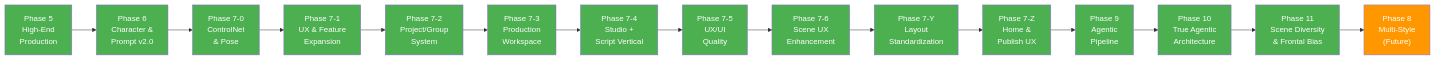
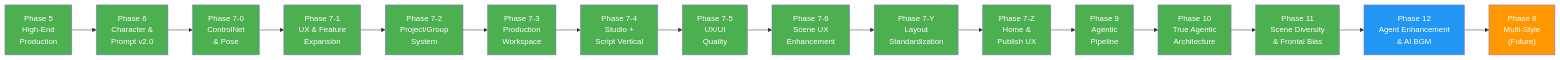
Before and after one commit to tomo-playground/sdd-orchestrator: the diagram in docs/01_product/ROADMAP.md, drawn with Mermaid. The commit also changed other lines of this file and 36 other files, not shown here.

First line of the commit message:
feat: Phase 12-A,B 완료 — Agent Bug Fixes 5건 + Data Flow 10건 (2,132 tests)

````diff
--- a/docs/01_product/ROADMAP.md
+++ b/docs/01_product/ROADMAP.md
@@ -56,33 +59,35 @@
 ```mermaid
 graph LR
     P5["Phase 5<br/>High-End<br/>Production"] --> P6["Phase 6<br/>Character &<br/>Prompt v2.0"]
     P6 --> P70["Phase 7-0<br/>ControlNet<br/>& Pose"]
     P70 --> P71["Phase 7-1<br/>UX & Feature<br/>Expansion"]
     P71 --> P72["Phase 7-2<br/>Project/Group<br/>System"]
     P72 --> P73["Phase 7-3<br/>Production<br/>Workspace"]
     P73 --> P74["Phase 7-4<br/>Studio +<br/>Script Vertical"]
     P74 --> P75["Phase 7-5<br/>UX/UI<br/>Quality"]
     P75 --> P76["Phase 7-6<br/>Scene UX<br/>Enhancement"]
     P76 --> P7Y["Phase 7-Y<br/>Layout<br/>Standardization"]
     P7Y --> P7Z["Phase 7-Z<br/>Home &<br/>Publish UX"]
     P7Z --> P9["Phase 9<br/>Agentic<br/>Pipeline"]
     P9 --> P10["Phase 10<br/>True Agentic<br/>Architecture"]
     P10 --> P11["Phase 11<br/>Scene Diversity<br/>& Frontal Bias"]
-    P11 --> P8["Phase 8<br/>Multi-Style<br/>(Future)"]
+    P11 --> P12["Phase 12<br/>Agent Enhancement<br/>& AI BGM"]
+    P12 --> P8["Phase 8<br/>Multi-Style<br/>(Future)"]
 
     style P5 fill:#4CAF50,color:#fff
     style P6 fill:#4CAF50,color:#fff
     style P70 fill:#4CAF50,color:#fff
     style P71 fill:#4CAF50,color:#fff
     style P72 fill:#4CAF50,color:#fff
     style P73 fill:#4CAF50,color:#fff
     style P74 fill:#4CAF50,color:#fff
     style P75 fill:#4CAF50,color:#fff
     style P76 fill:#4CAF50,color:#fff
     style P7Y fill:#4CAF50,color:#fff
     style P7Z fill:#4CAF50,color:#fff
     style P9 fill:#4CAF50,color:#fff
     style P10 fill:#4CAF50,color:#fff
     style P11 fill:#4CAF50,color:#fff
+    style P12 fill:#2196F3,color:#fff
     style P8 fill:#FF9800,color:#fff
 ```
````
